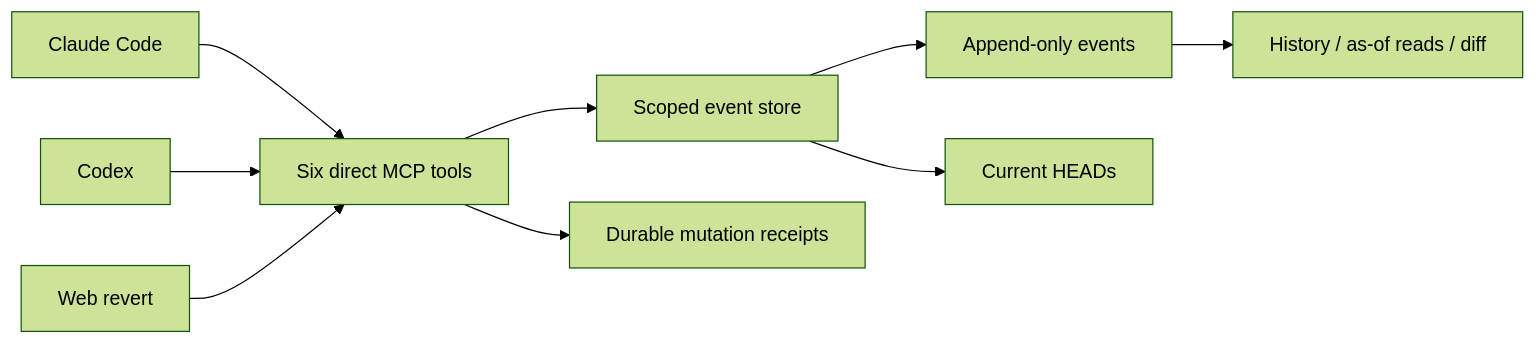
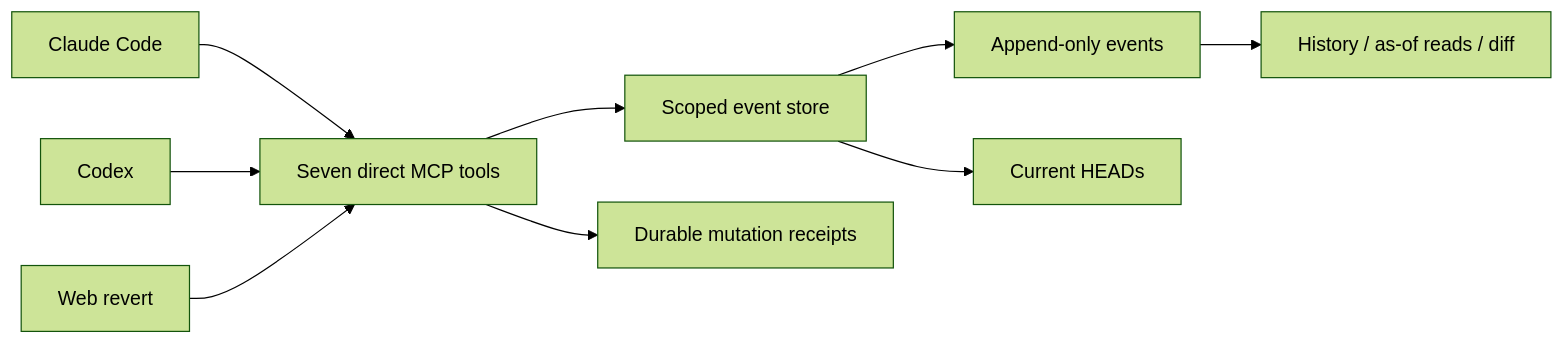
One commit to Yugesh-reddy/Mnemo changed the diagram in README.md. Above: the diagram before and after it, drawn with Mermaid (forest theme). The commit also changed other lines of this file and 17 other files, not shown here.

````diff
--- a/README.md
+++ b/README.md
@@ -278,11 +279,11 @@
 ```mermaid
 flowchart LR
-    Claude[Claude Code] --> Direct[Six direct MCP tools]
+    Claude[Claude Code] --> Direct[Seven direct MCP tools]
     Codex[Codex] --> Direct
     UI[Web revert] --> Direct
     Direct --> Core[Scoped event store]
     Core --> Events[Append-only events]
     Core --> Heads[Current HEADs]
     Direct --> Receipts[Durable mutation receipts]
     Events --> History[History / as-of reads / diff]
 ```
````
